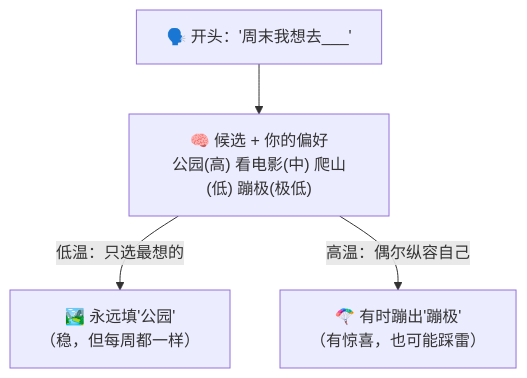
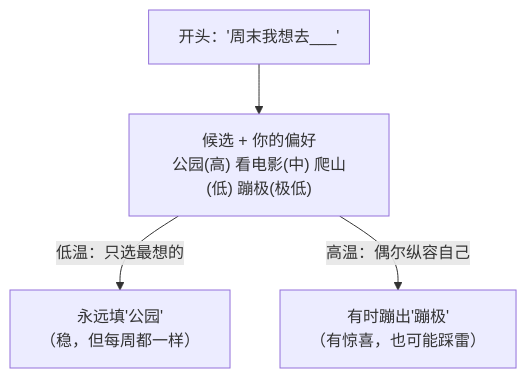
Before and after one commit to luckykhy/KhyAiHub: the fourth of 5 diagrams in docs/02_CONCEPTS_概念入门/CONCEPT/[CONCEPT-28] 什么是采样与温度-Sampling.md, drawn with Mermaid. The commit also changed other lines of this file and 19 other files, not shown here.

````diff
--- a/docs/02_CONCEPTS_概念入门/CONCEPT/[CONCEPT-28] 什么是采样与温度-Sampling.md
+++ b/docs/02_CONCEPTS_概念入门/CONCEPT/[CONCEPT-28] 什么是采样与温度-Sampling.md
@@ -227,7 +227,7 @@
 ```mermaid
 flowchart TB
-  START["🗣️ 开头：'周末我想去___'"]
-  START --> CAND["🧠 候选 + 你的偏好<br/>公园(高) 看电影(中) 爬山(低) 蹦极(极低)"]
-  CAND -->|"低温：只选最想的"| L["🏞️ 永远填'公园'<br/>（稳，但每周都一样）"]
-  CAND -->|"高温：偶尔纵容自己"| H["🪂 有时蹦出'蹦极'<br/>（有惊喜，也可能踩雷）"]
+  START["开头：'周末我想去___'"]
+  START --> CAND["候选 + 你的偏好<br/>公园(高) 看电影(中) 爬山(低) 蹦极(极低)"]
+  CAND -->|"低温：只选最想的"| L["永远填'公园'<br/>（稳，但每周都一样）"]
+  CAND -->|"高温：偶尔纵容自己"| H["有时蹦出'蹦极'<br/>（有惊喜，也可能踩雷）"]
 ```
````
